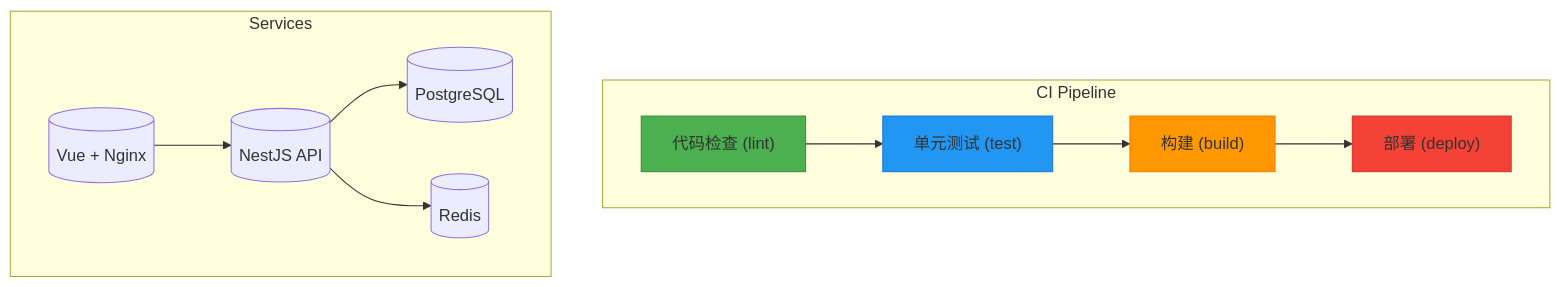
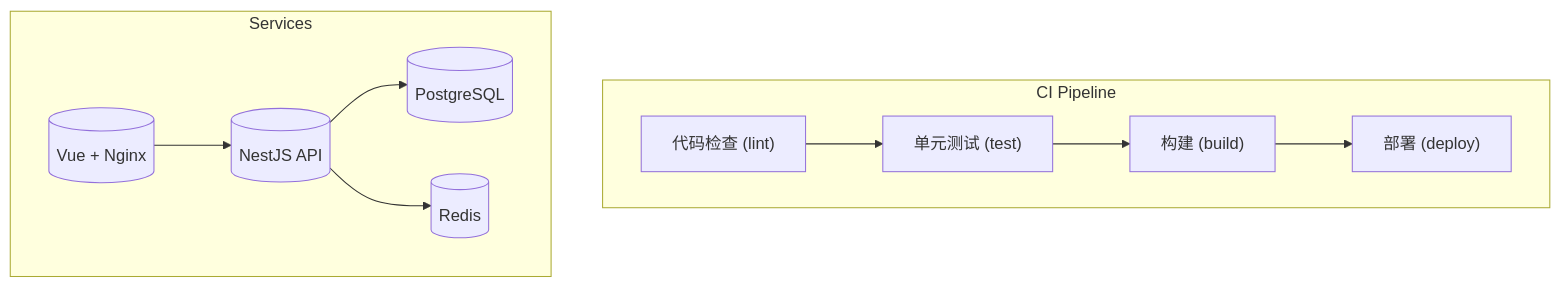
The second of 5 diagrams in .qoder/repowiki/zh/content/部署/CI_CD 流程.md (xixixiaoyu/vue3-nest-template), drawn with Mermaid before and after one commit. The commit also changed other lines of this file and 1 other file, not shown here.

````diff
--- a/.qoder/repowiki/zh/content/部署/CI_CD 流程.md
+++ b/.qoder/repowiki/zh/content/部署/CI_CD 流程.md
@@ -85,25 +96,21 @@
 ```mermaid
 graph TB
 subgraph CI Pipeline
 Lint["代码检查 (lint)"]
 Test["单元测试 (test)"]
 Build["构建 (build)"]
 Deploy["部署 (deploy)"]
 end
 subgraph Services
 DB[(PostgreSQL)]
 Cache[(Redis)]
 Backend[(NestJS API)]
 Frontend[(Vue + Nginx)]
 end
 Lint --> Test
 Test --> Build
 Build --> Deploy
 Backend --> DB
 Backend --> Cache
 Frontend --> Backend
-style Lint fill:#4CAF50,stroke:#388E3C
-style Test fill:#2196F3,stroke:#1976D2
-style Build fill:#FF9800,stroke:#F57C00
-style Deploy fill:#F44336,stroke:#D32F2F
 ```
````
